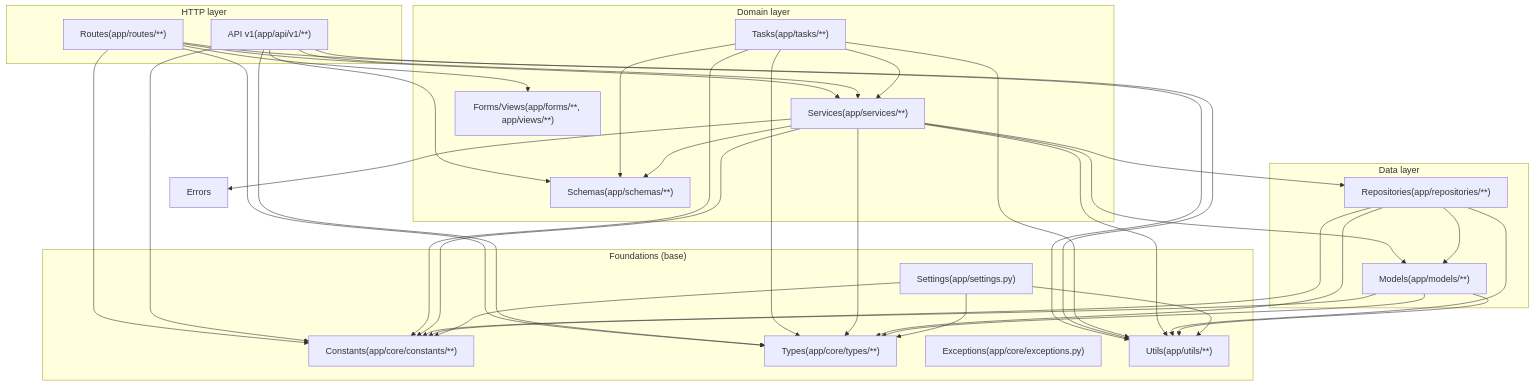
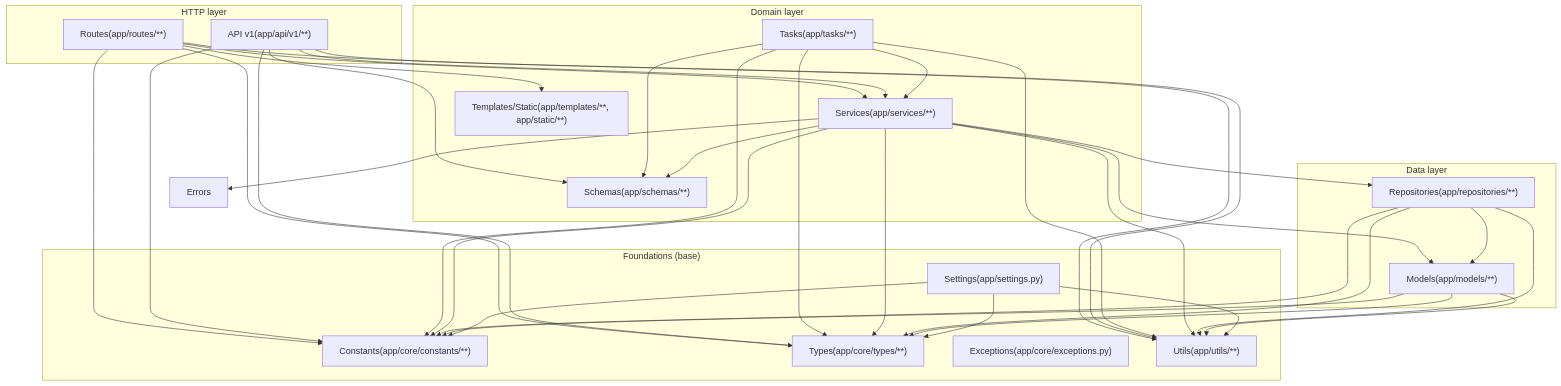
Before and after one commit to nyealovey/WhaleFall: the diagram in docs/Obsidian/architecture/module-dependency-graph.md, drawn with Mermaid. The commit also changed 46 other files, not shown here.

````diff
--- a/docs/Obsidian/architecture/module-dependency-graph.md
+++ b/docs/Obsidian/architecture/module-dependency-graph.md
@@ -28,66 +28,66 @@
 ```mermaid
 graph TD
   subgraph HTTP["HTTP layer"]
     Routes["Routes(app/routes/**)"]
     ApiV1["API v1(app/api/v1/**)"]
   end
 
-  subgraph Domain["Domain layer"]
-    Tasks["Tasks(app/tasks/**)"]
-    Services["Services(app/services/**)"]
-    Schemas["Schemas(app/schemas/**)"]
-    FormsViews["Forms/Views(app/forms/**, app/views/**)"]
-  end
+	  subgraph Domain["Domain layer"]
+	    Tasks["Tasks(app/tasks/**)"]
+	    Services["Services(app/services/**)"]
+	    Schemas["Schemas(app/schemas/**)"]
+	    TemplatesStatic["Templates/Static(app/templates/**, app/static/**)"]
+	  end
 
   subgraph Data["Data layer"]
     Repos["Repositories(app/repositories/**)"]
     Models["Models(app/models/**)"]
   end
 
   subgraph Foundations["Foundations (base)"]
     Constants["Constants(app/core/constants/**)"]
     Types["Types(app/core/types/**)"]
     Exceptions["Exceptions(app/core/exceptions.py)"]
     Utils["Utils(app/utils/**)"]
     Settings["Settings(app/settings.py)"]
   end
 
   Routes --> Services
-  Routes --> FormsViews
-  Routes --> Utils
-  Routes --> Constants
-  Routes --> Types
+	  Routes --> TemplatesStatic
+	  Routes --> Utils
+	  Routes --> Constants
+	  Routes --> Types
 
   ApiV1 --> Services
   ApiV1 --> Schemas
   ApiV1 --> Utils
   ApiV1 --> Constants
   ApiV1 --> Types
 
   Tasks --> Services
   Tasks --> Schemas
   Tasks --> Utils
   Tasks --> Constants
   Tasks --> Types
 
   Services --> Repos
   Services --> Models
   Services --> Schemas
   Services --> Utils
   Services --> Errors
   Services --> Constants
   Services --> Types
 
   Repos --> Models
   Repos --> Utils
   Repos --> Constants
   Repos --> Types
 
   Models --> Utils
   Models --> Constants
   Models --> Types
 
   Settings --> Constants
   Settings --> Types
   Settings --> Utils
 ```
````
